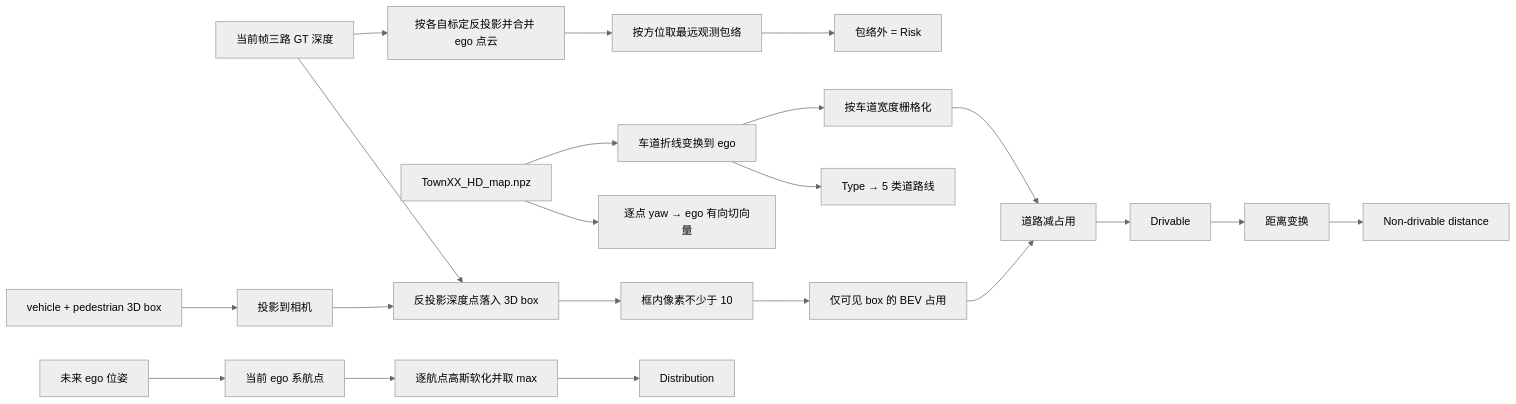
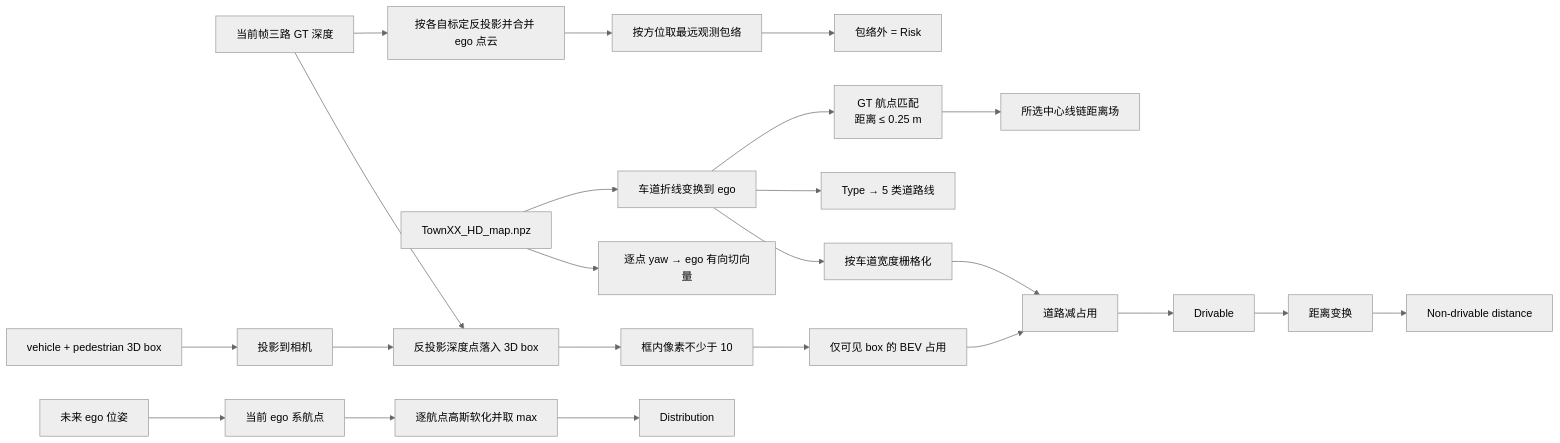
The eighth of 9 diagrams in README.md (ByteDriveTeam/ByteDrive-Toy), drawn with Mermaid (neutral theme) before and after one commit. The commit also changed other lines of this file and 9 other files, not shown here.

````diff
--- a/README.md
+++ b/README.md
@@ -633,14 +634,15 @@
 ```mermaid
 flowchart LR
     DEP["当前帧三路 GT 深度"] --> PC["按各自标定反投影并合并 ego 点云"] --> ENV["按方位取最远观测包络"] --> R["包络外 = Risk"]
     MAP["TownXX_HD_map.npz"] --> POLY["车道折线变换到 ego"] --> RASTER["按车道宽度栅格化"]
     POLY --> LTYPE["Type → 5 类道路线"]
+    POLY --> MATCH["GT 航点匹配<br/>距离 ≤ 0.25 m"] --> CEDT["所选中心线链距离场"]
     MAP --> YAW["逐点 yaw → ego 有向切向量"]
     BOX["vehicle + pedestrian 3D box"] --> PROJ["投影到相机"]
     DEP --> VIS["反投影深度点落入 3D box"]
     PROJ --> VIS --> COUNT["框内像素不少于 10"] --> OCC["仅可见 box 的 BEV 占用"]
     RASTER --> SUB["道路减占用"]
     OCC --> SUB --> D["Drivable"]
     D --> EDT["距离变换"] --> OFF["Non-drivable distance"]
     FUT["未来 ego 位姿"] --> WP["当前 ego 系航点"] --> GAUSS["逐航点高斯软化并取 max"] --> DIST["Distribution"]
 ```
````
